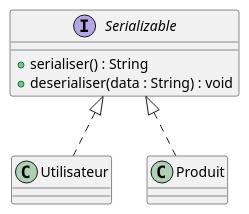
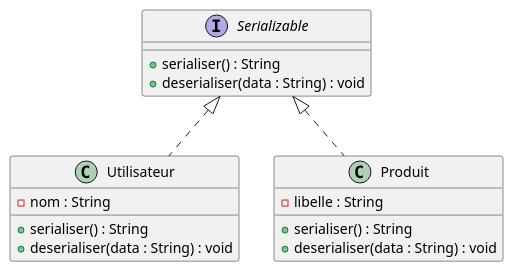
The seventh of 9 diagrams in 02-diagramme-classes/apport-de-connaissance/apport-de-connaissance.md (JR-CIEL-2-PROGRAMMATION/uml-learning), drawn with PlantUML before and after one commit. The commit also changed other lines of this file, not shown here.

First line of the commit message:
Enrichir l'apport de connaissance du diagramme de classes

````diff
--- a/02-diagramme-classes/apport-de-connaissance/apport-de-connaissance.md
+++ b/02-diagramme-classes/apport-de-connaissance/apport-de-connaissance.md
@@ -156,10 +274,20 @@
 ```plantuml
 @startuml
 interface Serializable {
+    + serialiser() : String
+    + deserialiser(data : String) : void
+}
+class Utilisateur {
+    - nom : String
+    + serialiser() : String
+    + deserialiser(data : String) : void
+}
+class Produit {
+    - libelle : String
     + serialiser() : String
     + deserialiser(data : String) : void
 }
 Serializable <|.. Utilisateur
 Serializable <|.. Produit
 @enduml
 ```
````
